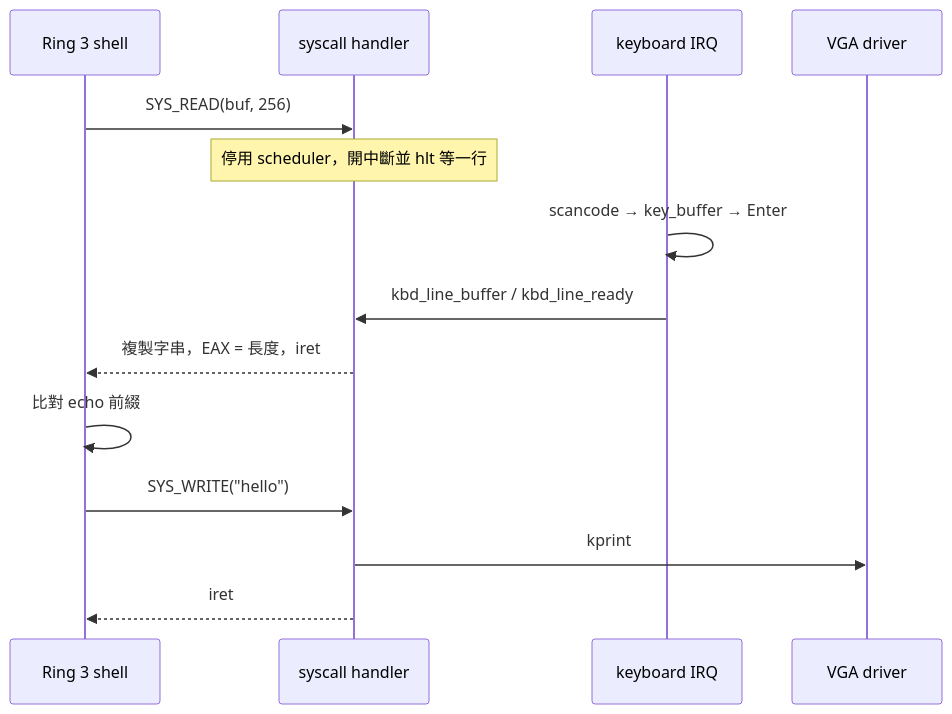
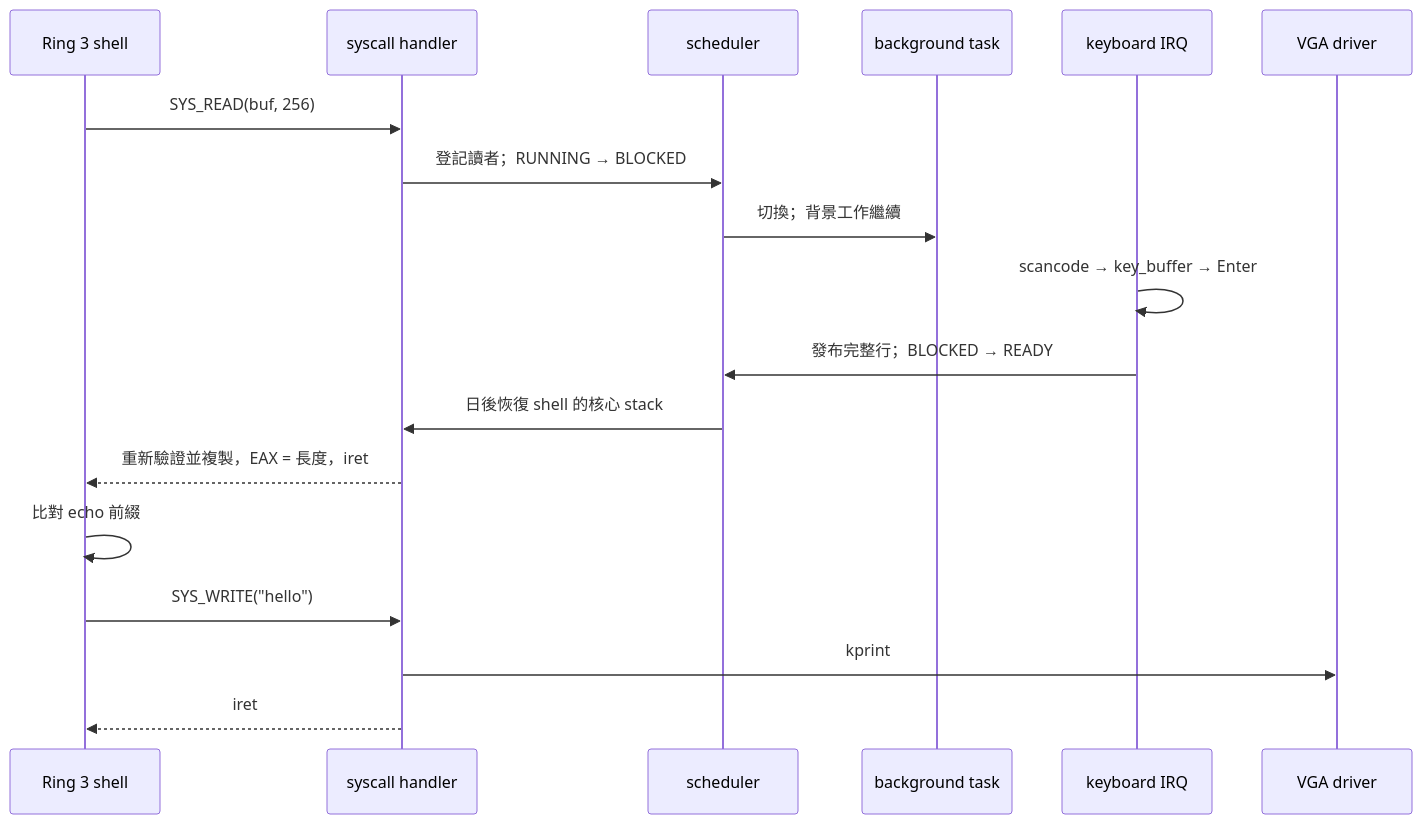
One commit to paulboul1013/os changed the diagram in docs/traces.md. Above: the diagram before and after it, drawn with Mermaid. The commit also changed other lines of this file and 27 other files, not shown here.

First line of the commit message:
feat(scheduler): add task blocking and ring 3 preemption

````diff
--- a/docs/traces.md
+++ b/docs/traces.md
@@ -9,16 +9,20 @@
 ```mermaid
 sequenceDiagram
     participant S as Ring 3 shell
     participant K as syscall handler
+    participant Q as scheduler
+    participant B as background task
     participant D as keyboard IRQ
     participant V as VGA driver
     S->>K: SYS_READ(buf, 256)
-    Note over K: 停用 scheduler，開中斷並 hlt 等一行
+    K->>Q: 登記讀者；RUNNING → BLOCKED
+    Q->>B: 切換；背景工作繼續
     D->>D: scancode → key_buffer → Enter
-    D->>K: kbd_line_buffer / kbd_line_ready
-    K-->>S: 複製字串，EAX = 長度，iret
+    D->>Q: 發布完整行；BLOCKED → READY
+    Q->>K: 日後恢復 shell 的核心 stack
+    K-->>S: 重新驗證並複製，EAX = 長度，iret
     S->>S: 比對 echo 前綴
     S->>K: SYS_WRITE("hello")
     K->>V: kprint
     K-->>S: iret
 ```
````
